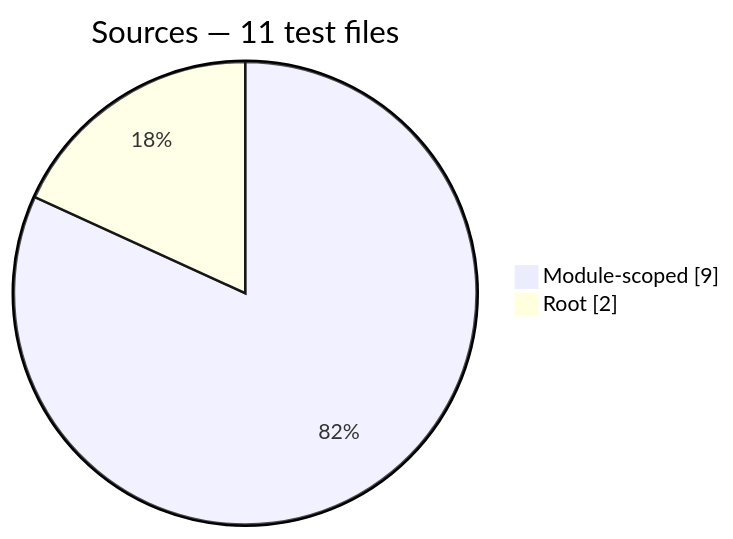
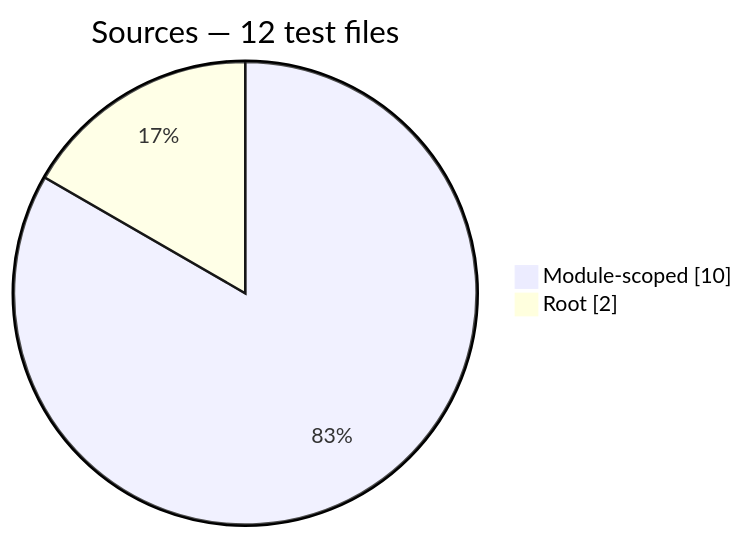
One commit to PHP-Arazzo/php-arazzo changed the fifth of 13 diagrams in docs/generated/test-composition.md. Above: the diagram before and after it, drawn with Mermaid. The commit also changed other lines of this file and 27 other files, not shown here.

````diff
--- a/docs/generated/test-composition.md
+++ b/docs/generated/test-composition.md
@@ -76,6 +76,6 @@
 ```mermaid
 pie showData
-    title Sources — 11 test files
-    "Module-scoped": 9
+    title Sources — 12 test files
+    "Module-scoped": 10
     "Root": 2
 ```
````
